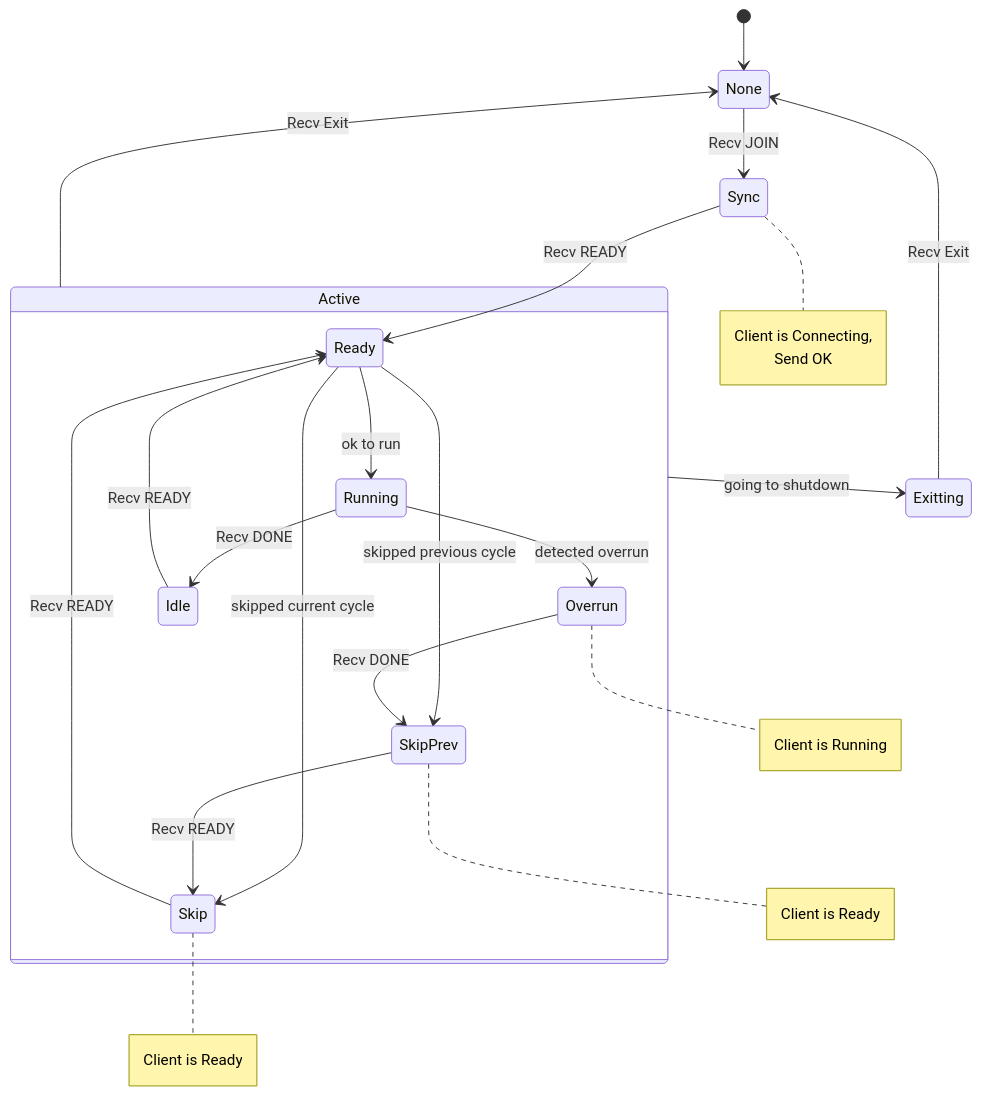
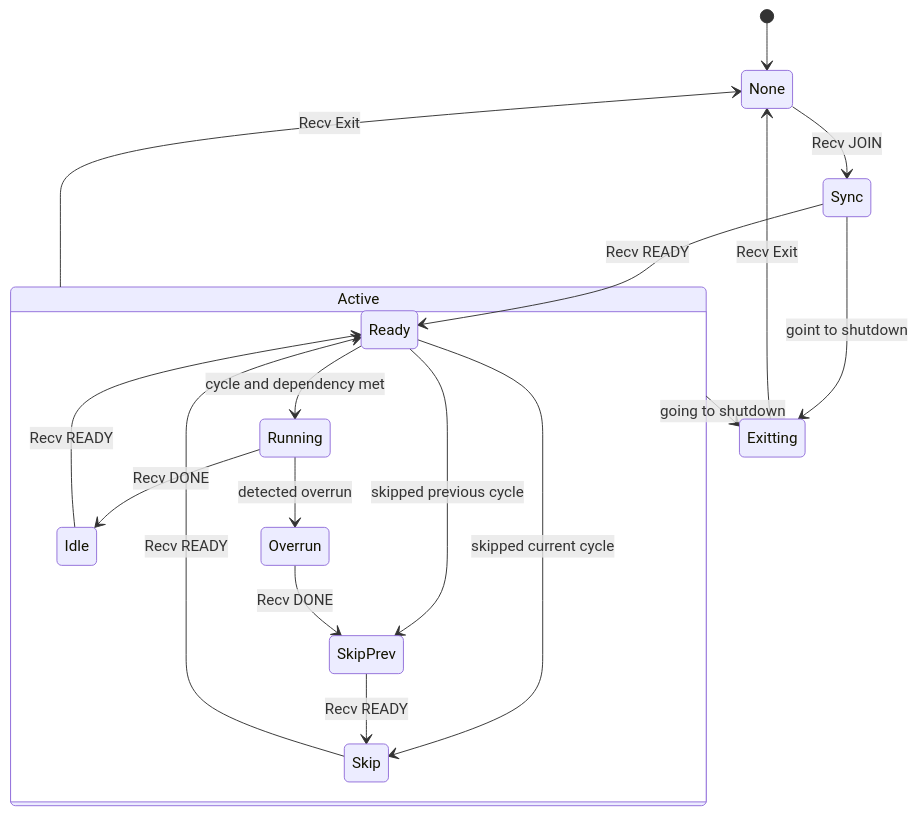
One commit to nao-kawano/ritsu-scheduler changed the second of 2 diagrams in docs/state-management.md. Above: the diagram before and after it, drawn with Mermaid. The commit also changed other lines of this file and 2 other files, not shown here.

Commit message:
doc: Clarify state management documentation and ensure diagram consistency

````diff
--- a/docs/state-management.md
+++ b/docs/state-management.md
@@ -32,30 +47,26 @@
 ```mermaid
 stateDiagram-v2
     [*] --> None
     None --> Sync : Recv JOIN
     Sync --> Ready : Recv READY
-    Active --> None : Recv Exit
+
+    Sync --> Exitting : goint to shutdown
     Active --> Exitting : going to shutdown
     Exitting --> None : Recv Exit
-
-    Note right of Sync : Client is Connecting,<br />Send OK
+    Active --> None : Recv Exit
 
     State Active {
+        Ready --> Running : cycle and dependency met
+        Running --> Idle : Recv DONE
+        Idle --> Ready : Recv READY
+
         Ready --> Skip : skipped current cycle
         Ready --> SkipPrev : skipped previous cycle
-        Ready --> Running : ok to run
-        Skip --> Ready : Recv READY
-        SkipPrev --> Skip : Recv READY
 
         Running --> Overrun : detected overrun
         Overrun --> SkipPrev : Recv DONE
 
-        Running --> Idle : Recv DONE
-
-        Idle --> Ready : Recv READY
-
-        note right of Skip : Client is Ready
-        note right of SkipPrev : Client is Ready
-        note right of Overrun : Client is Running
+        SkipPrev --> Skip : Recv READY
+        Skip --> Ready : Recv READY
     }
 ```
````
